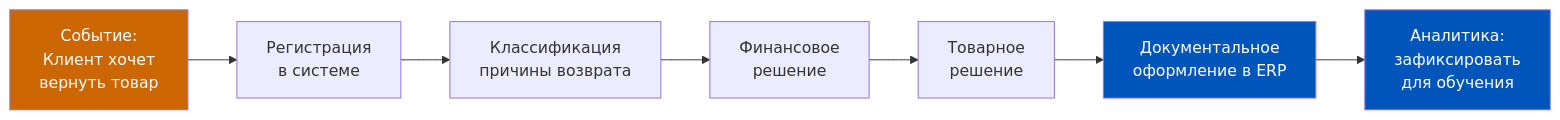
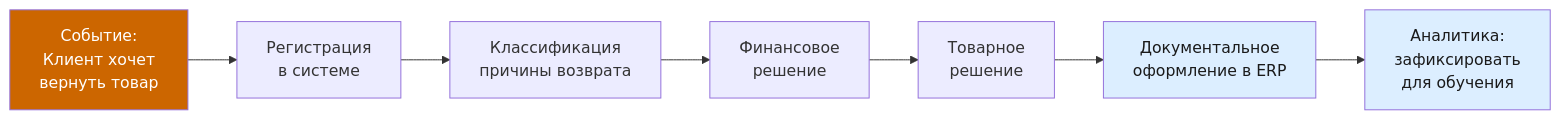
One commit to murad1986/1c-erp-quartz changed the eighth of 9 diagrams in content/1c-erp/week_7/Неделя 7 - День 5 - Возвраты от покупателей.md. Above: the diagram before and after it, drawn with Mermaid. The commit also changed other lines of this file and 57 other files, not shown here.

First line of the commit message:
fix: Mermaid — пастельные цвета в источниках диаграмм (56 файлов)

````diff
--- a/content/1c-erp/week_7/Неделя 7 - День 5 - Возвраты от покупателей.md
+++ b/content/1c-erp/week_7/Неделя 7 - День 5 - Возвраты от покупателей.md
@@ -449,13 +449,13 @@
 ```mermaid
 flowchart LR
     A[Событие:<br/>Клиент хочет<br/>вернуть товар] --> B[Регистрация<br/>в системе]
     B --> C[Классификация<br/>причины возврата]
     C --> D[Финансовое<br/>решение]
     D --> E[Товарное<br/>решение]
     E --> F[Документальное<br/>оформление в ERP]
     F --> G[Аналитика:<br/>зафиксировать<br/>для обучения]
 
     style A fill:#cc6600,color:#fff
-    style F fill:#0055BB,color:#fff
-    style G fill:#0055BB,color:#fff
+    style F fill:#dceeff,color:#1a1a1a
+    style G fill:#dceeff,color:#1a1a1a
 ```
````
